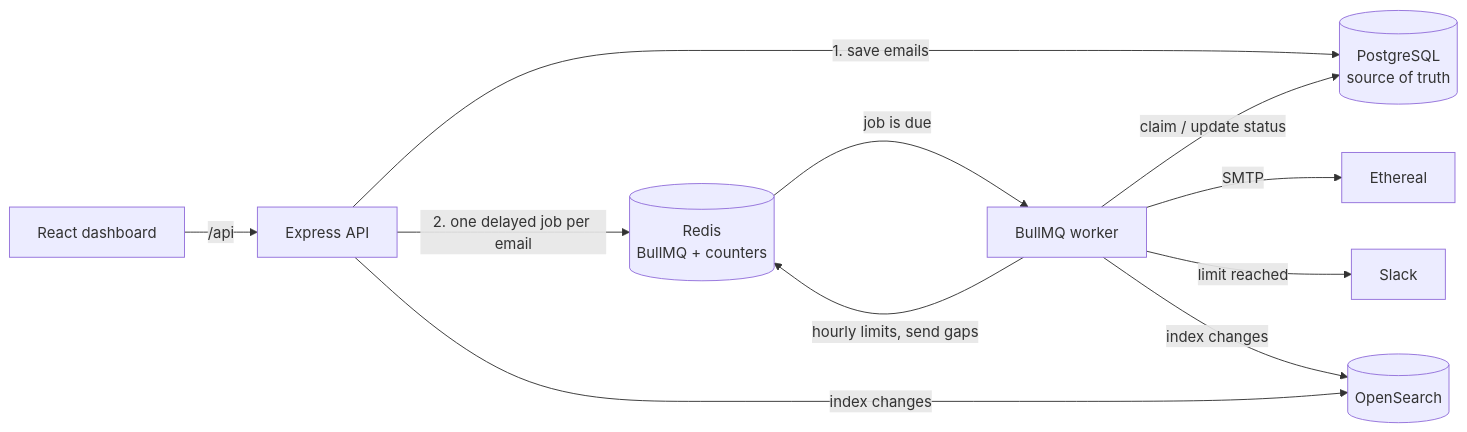
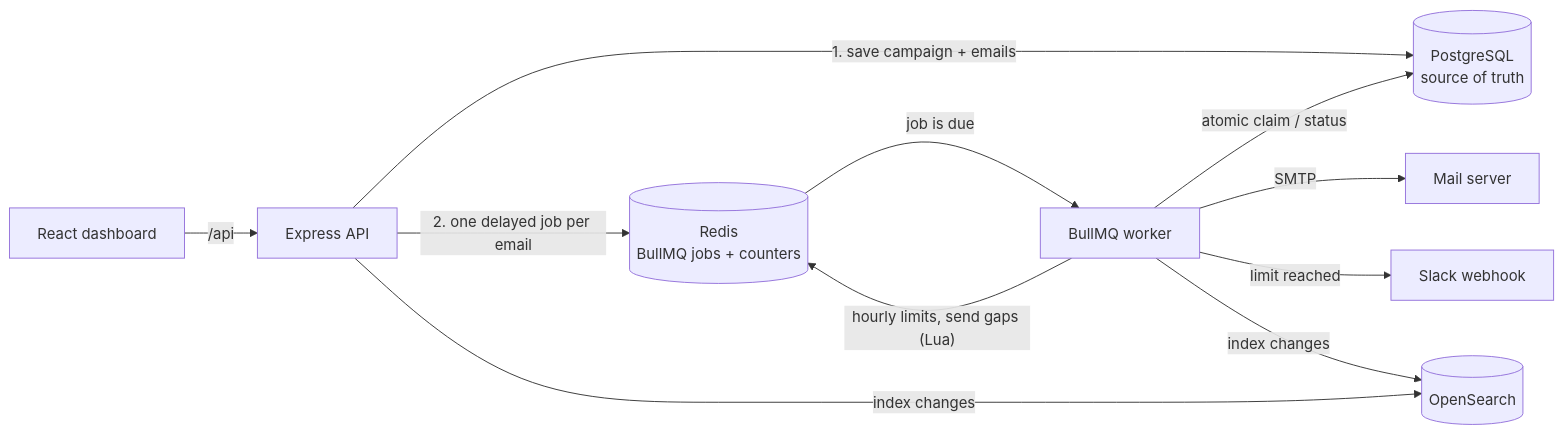
Before and after one commit to navneetsingh34/MailPilot: the diagram in README.md, drawn with Mermaid. The commit also changed other lines of this file and 26 other files, not shown here.

````diff
--- a/README.md
+++ b/README.md
@@ -158,12 +38,12 @@
 ```mermaid
 flowchart LR
     UI[React dashboard] -- "/api" --> API[Express API]
-    API -- "1. save emails" --> PG[(PostgreSQL<br/>source of truth)]
-    API -- "2. one delayed job per email" --> RQ[(Redis<br/>BullMQ + counters)]
-    RQ -- "job is due" --> W[BullMQ worker]
-    W -- "claim / update status" --> PG
-    W -- "hourly limits, send gaps" --> RQ
-    W -- SMTP --> ETH[Ethereal]
-    W -- "limit reached" --> SL[Slack]
+    API -- "1. save campaign + emails" --> PG[(PostgreSQL<br/>source of truth)]
+    API -- "2. one delayed job per email" --> R[(Redis<br/>BullMQ jobs + counters)]
+    R -- "job is due" --> W[BullMQ worker]
+    W -- "atomic claim / status" --> PG
+    W -- "hourly limits, send gaps (Lua)" --> R
+    W -- SMTP --> SMTP[Mail server]
+    W -- "limit reached" --> SL[Slack webhook]
     API & W -- "index changes" --> OS[(OpenSearch)]
 ```
````
